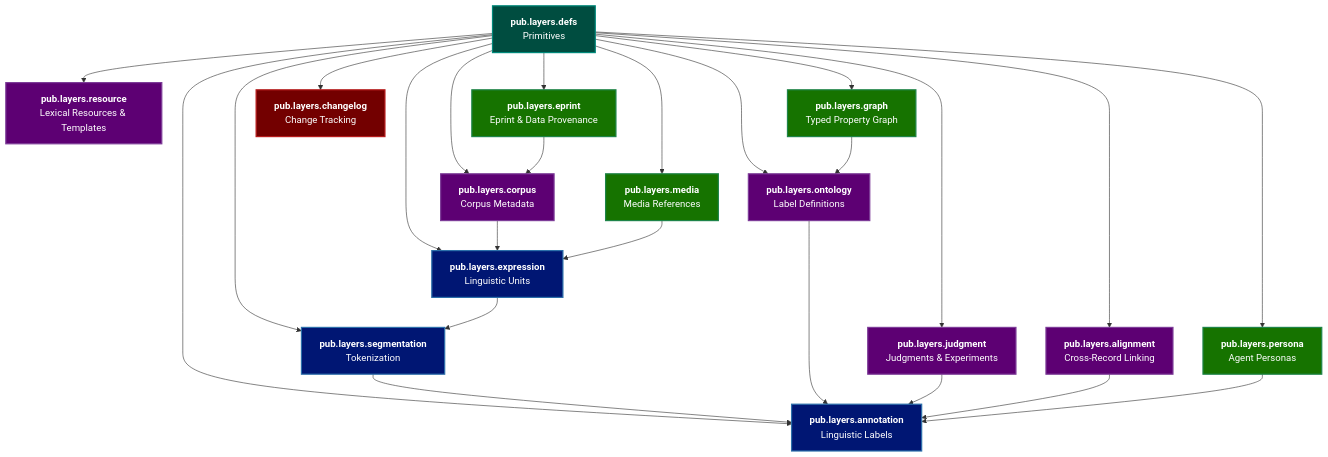
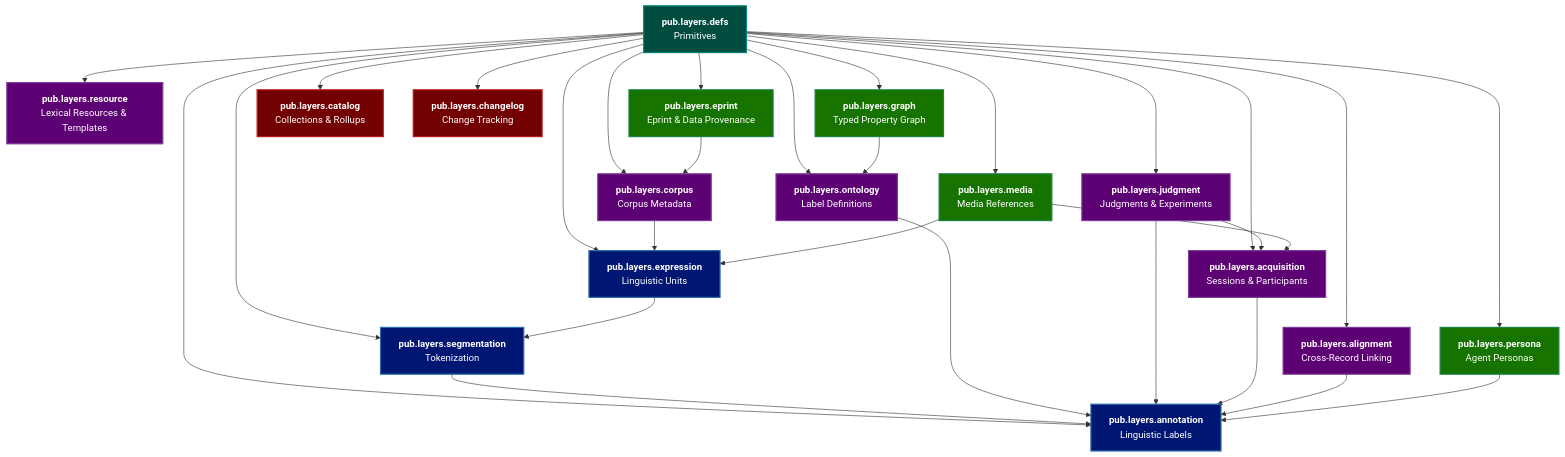
The diagram in docs/docs/foundations/lexicon-overview.md (layers-pub/layers), drawn with Mermaid before and after one commit. The commit also changed other lines of this file and 149 other files, not shown here.

Commit message:
Release lexicon schemas 0.9.0 (#4)

````diff
--- a/docs/docs/foundations/lexicon-overview.md
+++ b/docs/docs/foundations/lexicon-overview.md
@@ -72,62 +76,69 @@
 ```mermaid
 graph TD
     DEFS["<b>pub.layers.defs</b><br/>Primitives"]
 
     EXPR["<b>pub.layers.expression</b><br/>Linguistic Units"]
     SEG["<b>pub.layers.segmentation</b><br/>Tokenization"]
     ANN["<b>pub.layers.annotation</b><br/>Linguistic Labels"]
 
     CORPUS["<b>pub.layers.corpus</b><br/>Corpus Metadata"]
     RESOURCE["<b>pub.layers.resource</b><br/>Lexical Resources & Templates"]
     ONTO["<b>pub.layers.ontology</b><br/>Label Definitions"]
     JUDGE["<b>pub.layers.judgment</b><br/>Judgments & Experiments"]
+    ACQ["<b>pub.layers.acquisition</b><br/>Sessions & Participants"]
     ALIGN["<b>pub.layers.alignment</b><br/>Cross-Record Linking"]
 
     GRAPH["<b>pub.layers.graph</b><br/>Typed Property Graph"]
     PERSONA["<b>pub.layers.persona</b><br/>Agent Personas"]
     MEDIA["<b>pub.layers.media</b><br/>Media References"]
     EPRINT["<b>pub.layers.eprint</b><br/>Eprint & Data Provenance"]
 
+    CATALOG["<b>pub.layers.catalog</b><br/>Collections & Rollups"]
     CHANGELOG["<b>pub.layers.changelog</b><br/>Change Tracking"]
 
     DEFS --> EXPR
     DEFS --> SEG
     DEFS --> ANN
     DEFS --> CORPUS
     DEFS --> RESOURCE
     DEFS --> ONTO
     DEFS --> JUDGE
+    DEFS --> ACQ
     DEFS --> ALIGN
 
     EXPR --> SEG
     SEG --> ANN
 
     ONTO --> ANN
     CORPUS --> EXPR
     JUDGE --> ANN
+    JUDGE --> ACQ
+    MEDIA --> ACQ
+    ACQ --> ANN
     ALIGN --> ANN
 
     DEFS --> GRAPH
     DEFS --> PERSONA
     DEFS --> MEDIA
     DEFS --> EPRINT
 
     GRAPH --> ONTO
     PERSONA --> ANN
     MEDIA --> EXPR
     EPRINT --> CORPUS
 
+    DEFS --> CATALOG
     DEFS --> CHANGELOG
 
     classDef pipeline fill:#001673,stroke:#2c6faa,color:#fff,stroke-width:2px
     classDef parallel fill:#5D0073,stroke:#7d3c98,color:#fff,stroke-width:2px
     classDef integration fill:#167300,stroke:#1e8449,color:#fff,stroke-width:2px
     classDef primitives fill:#004D40,stroke:#00897B,color:#fff,stroke-width:2px
     classDef crosscutting fill:#730000,stroke:#b71c1c,color:#fff,stroke-width:2px
 
     class DEFS primitives
     class EXPR,SEG,ANN pipeline
-    class CORPUS,RESOURCE,ONTO,JUDGE,ALIGN parallel
+    class CORPUS,RESOURCE,ONTO,JUDGE,ACQ,ALIGN parallel
     class GRAPH,PERSONA,MEDIA,EPRINT integration
-    class CHANGELOG crosscutting
+    class CATALOG,CHANGELOG crosscutting
 ```
````
